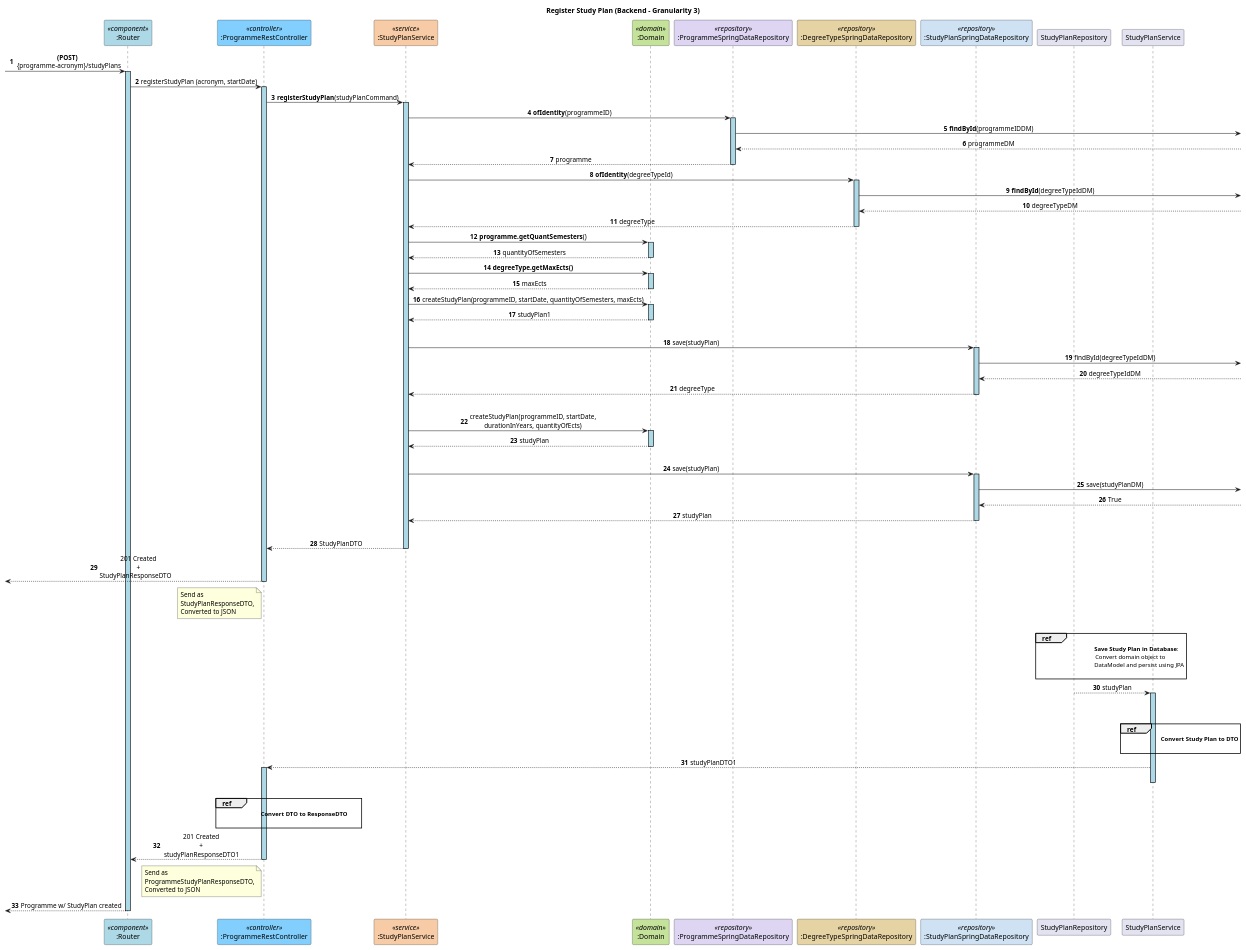
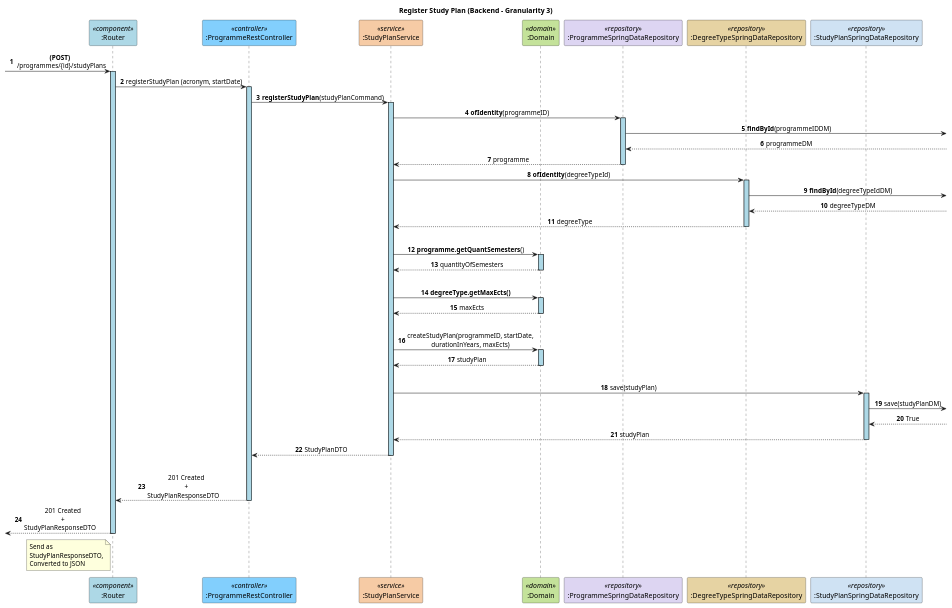
One commit to GasparISEP/DevOps-PAI changed the diagram in docs/US27/Sprint6/ProcessView/Level3.puml. Above: the diagram before and after it, drawn with PlantUML. The commit also changed 2 other files, not shown here.

Commit message:
Refactor US27 processView diagrams to align with current codebase. (Ref #792)

```diff
--- a/docs/US27/Sprint6/ProcessView/Level3.puml
+++ b/docs/US27/Sprint6/ProcessView/Level3.puml
@@ -1,115 +1,60 @@
 @startuml
 title Register Study Plan (Backend - Granularity 3)
 skinparam sequenceLifeLineBackgroundColor lightblue
 skinparam sequenceMessageAlign center
 autonumber
 
 participant ":Router" as Router <<component>> #ADD8E6
 participant ":ProgrammeRestController" as RestController <<controller>> #82CFFD
 participant ":StudyPlanService" as Service <<service>> #F6CBA5
 participant ":Domain" as Domain <<domain>> #C4E29A
 participant ":ProgrammeSpringDataRepository" as ProgrammeRepository <<repository>> #DDD5F2
 participant ":DegreeTypeSpringDataRepository" as DegreeTypeRepository <<repository>> #E6D3A3
 participant ":StudyPlanSpringDataRepository" as Repository <<repository>> #CFE2F3
 
--> Router: **(POST)** \n {programme-acronym}/studyPlans
+-> Router: **(POST)** \n /programmes/{id}/studyPlans
 activate Router
 Router -> RestController: registerStudyPlan (acronym, startDate)
 activate RestController
 RestController -> Service: **registerStudyPlan**(studyPlanCommand)
 activate Service
 Service -> ProgrammeRepository ++: **ofIdentity**(programmeID)
 ProgrammeRepository -> : **findById**(programmeIDDM)
 ProgrammeRepository <-- : programmeDM
 ProgrammeRepository --> Service --: programme
 
 Service -> DegreeTypeRepository ++: **ofIdentity**(degreeTypeId)
 DegreeTypeRepository -> : **findById**(degreeTypeIdDM)
 DegreeTypeRepository <-- : degreeTypeDM
 DegreeTypeRepository --> Service --: degreeType
+|||
 Service -> Domain ++: **programme.getQuantSemesters**()
 Domain --> Service --: quantityOfSemesters
+|||
 Service -> Domain ++: **degreeType.getMaxEcts()**
 Domain --> Service --: maxEcts
-
-Service -> Domain: createStudyPlan(programmeID, startDate, quantityOfSemesters, maxEcts)
-activate Domain
-Domain --> Service: studyPlan1
-deactivate Domain
 |||
-Service -> Repository: save(studyPlan)
-activate Repository
-Repository -> : findById(degreeTypeIdDM)
-Repository <-- : degreeTypeIdDM
-Repository --> Service: degreeType
-deactivate Repository
-|||
-Service -> Domain: createStudyPlan(programmeID, startDate,\ndurationInYears, quantityOfEcts)
+Service -> Domain: createStudyPlan(programmeID, startDate,\ndurationInYears, maxEcts)
 activate Domain
 Domain --> Service: studyPlan
 deactivate Domain
 |||
 Service -> Repository: save(studyPlan)
 activate Repository
 Repository -> : save(studyPlanDM)
 Repository <-- : True
 Repository --> Service: studyPlan
 deactivate Repository
-|||
 Service --> RestController: StudyPlanDTO
 deactivate Service
-<-- RestController: 201 Created \n+ \nStudyPlanResponseDTO\t
+|||
+Router <-- RestController: 201 Created \n+ \nStudyPlanResponseDTO\t
 deactivate RestController
-note left RestController
-  Send as
-  StudyPlanResponseDTO,
-  Converted to JSON
-end note
-
-
-
-
-
-
-
-
-
-
-
-|||
-ref over StudyPlanRepository
-       \t\t\t\t **Save Study Plan in Database**:
-    \t \t \t Convert domain object to
-    \t\t\t\t     DataModel and persist using JPA\t
-
-end ref
-
-StudyPlanRepository --> StudyPlanService: studyPlan
-activate StudyPlanService
-deactivate StudyPlanRepository
-|||
-ref over StudyPlanService
-  \t\t    **     Convert Study Plan to DTO**
-
-end ref
-StudyPlanService --> RestController: studyPlanDTO1
-activate RestController
-deactivate StudyPlanService
-|||
-ref over RestController
-  \t\t\t    **Convert DTO to ResponseDTO**\t
-
-end ref
-Router <-- RestController: 201 Created \n+ \n studyPlanResponseDTO1\t
-deactivate RestController
-note left RestController
-  Send as
-  ProgrammeStudyPlanResponseDTO,
-  Converted to JSON
-end note
-
- <-- Router : Programme w/ StudyPlan created
+ <-- Router : 201 Created \n+ \nStudyPlanResponseDTO\t
+ note left Router
+   Send as
+   StudyPlanResponseDTO,
+   Converted to JSON
+ end note
 deactivate Router
-
-
 @enduml
```
